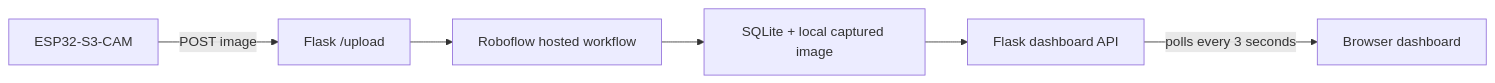
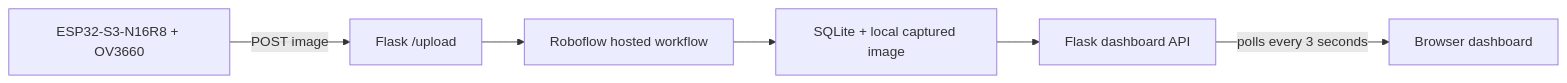
The diagram in README.md (Eaziko/Lost-Object-Memory-System), drawn with Mermaid before and after one commit. The commit also changed other lines of this file, not shown here.

Commit message:
Document ESP32 camera hardware

````diff
--- a/README.md
+++ b/README.md
@@ -35,8 +35,8 @@
 ```mermaid
 flowchart LR
-    Camera[ESP32-S3-CAM] -->|POST image| Upload[Flask /upload]
+    Camera[ESP32-S3-N16R8 + OV3660] -->|POST image| Upload[Flask /upload]
     Upload --> Inference[Roboflow hosted workflow]
     Inference --> Save[SQLite + local captured image]
     Save --> API[Flask dashboard API]
     API -->|polls every 3 seconds| UI[Browser dashboard]
 ```
````
